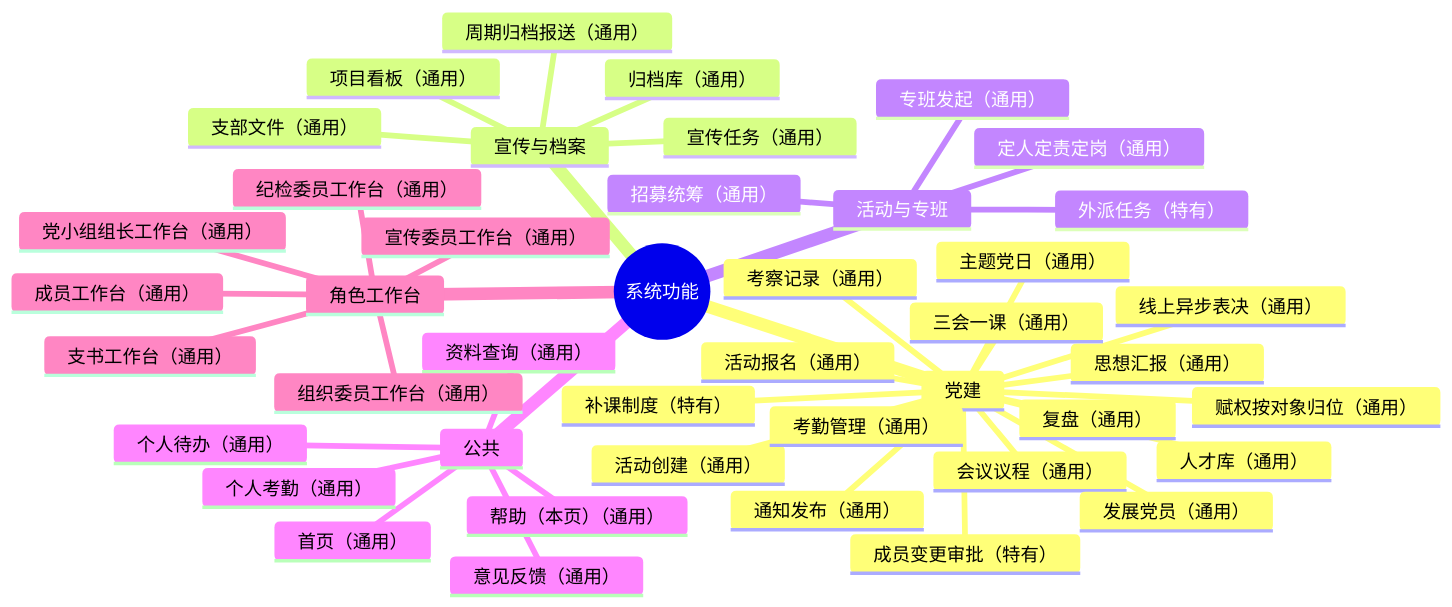
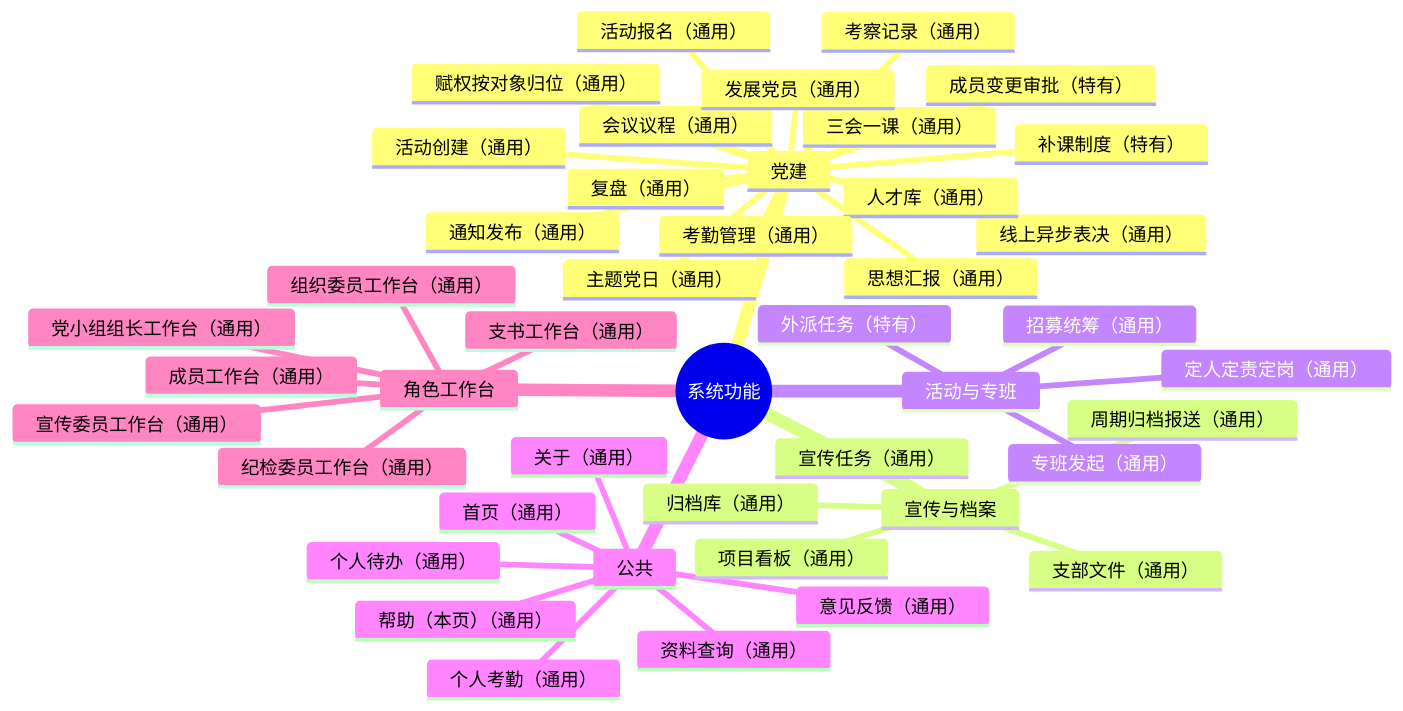
Before and after one commit to czhgo/GSM1921-SOP: the diagram in README.md, drawn with Mermaid. The commit also changed 8 other files, not shown here.

````diff
--- a/README.md
+++ b/README.md
@@ -65,46 +65,47 @@
 ```mermaid
 mindmap
   root((系统功能))
     党建
       活动创建（通用）
       会议议程（通用）
       三会一课（通用）
       主题党日（通用）
       活动报名（通用）
       赋权按对象归位（通用）
       通知发布（通用）
       线上异步表决（通用）
       发展党员（通用）
       人才库（通用）
       考察记录（通用）
       考勤管理（通用）
       补课制度（特有）
       复盘（通用）
       思想汇报（通用）
       成员变更审批（特有）
     宣传与档案
       宣传任务（通用）
       项目看板（通用）
       周期归档报送（通用）
       支部文件（通用）
       归档库（通用）
     活动与专班
       专班发起（通用）
       招募统筹（通用）
       定人定责定岗（通用）
       外派任务（特有）
     公共
       首页（通用）
       资料查询（通用）
       意见反馈（通用）
       个人待办（通用）
       个人考勤（通用）
       帮助（本页）（通用）
+      关于（通用）
     角色工作台
       支书工作台（通用）
       组织委员工作台（通用）
       宣传委员工作台（通用）
       纪检委员工作台（通用）
       党小组组长工作台（通用）
       成员工作台（通用）
 ```
````
